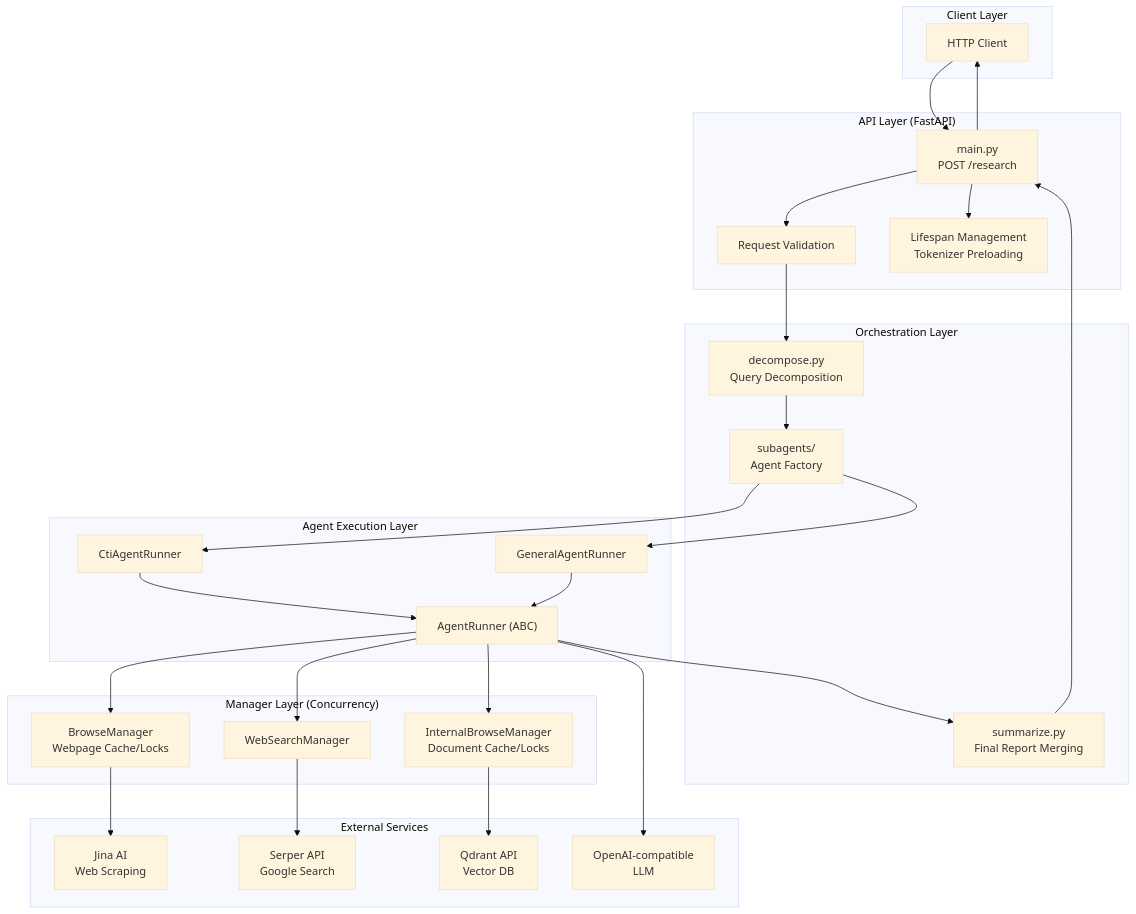
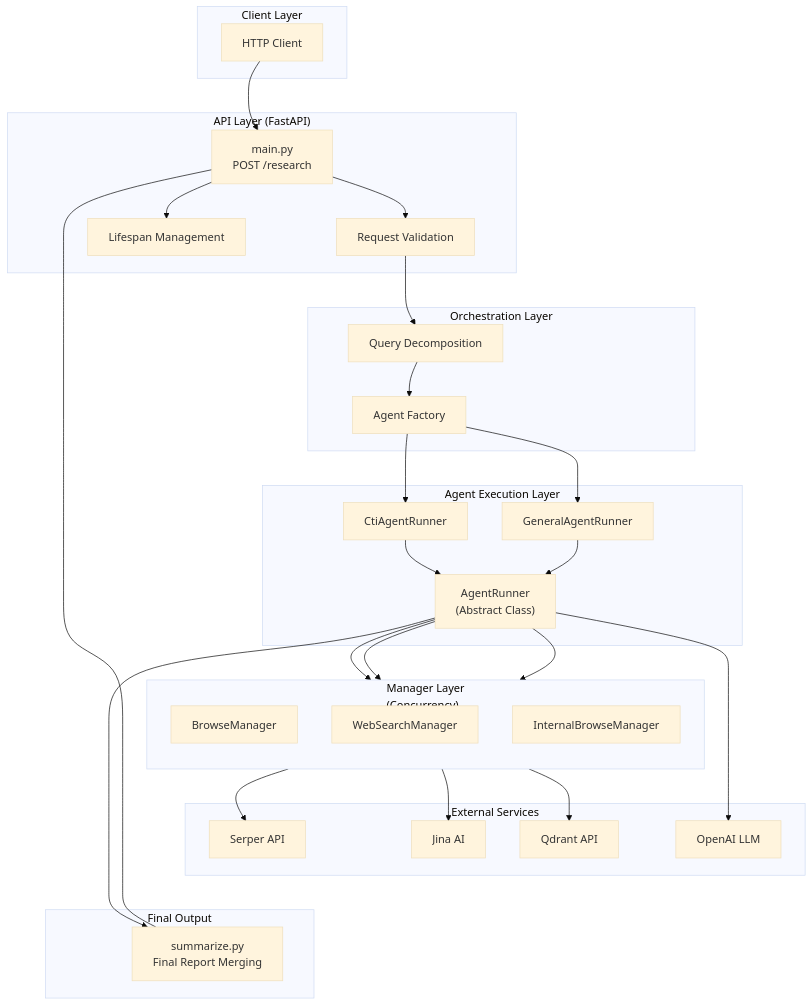
The first of 7 diagrams in docs/architecture_technical.md (georgeneokq/geo-deepresearch), drawn with Mermaid (base theme) before and after one commit. The commit also changed other lines of this file and 12 other files, not shown here.

````diff
--- a/docs/architecture_technical.md
+++ b/docs/architecture_technical.md
@@ -11,57 +11,69 @@
 ```mermaid
 flowchart TB
     subgraph Client["Client Layer"]
         HTTPClient["HTTP Client"]
     end
 
     subgraph API["API Layer (FastAPI)"]
         Main["main.py<br/>POST /research"]
         Validate["Request Validation"]
-        Lifespan["Lifespan Management<br/>Tokenizer Preloading"]
+        Lifespan["Lifespan Management"]
     end
 
     subgraph Orchestration["Orchestration Layer"]
-        Decompose["decompose.py<br/>Query Decomposition"]
-        Summarize["summarize.py<br/>Final Report Merging"]
-        Subagents["subagents/<br/>Agent Factory"]
+        Decompose["Query Decomposition"]
+        Subagents["Agent Factory"]
     end
 
     subgraph Agents["Agent Execution Layer"]
-        AgentRunner["AgentRunner (ABC)"]
+        AgentRunner["AgentRunner<br/>(Abstract Class)"]
         CtiAgent["CtiAgentRunner"]
         GeneralAgent["GeneralAgentRunner"]
     end
 
-    subgraph Managers["Manager Layer (Concurrency)"]
-        BrowseMgr["BrowseManager<br/>Webpage Cache/Locks"]
+    subgraph Managers["Manager Layer<br/>(Concurrency)"]
+        direction TB
+        BrowseMgr["BrowseManager"]
         SearchMgr["WebSearchManager"]
-        InternalMgr["InternalBrowseManager<br/>Document Cache/Locks"]
+        InternalMgr["InternalBrowseManager"]
     end
 
     subgraph External["External Services"]
-        Serper["Serper API<br/>Google Search"]
-        Jina["Jina AI<br/>Web Scraping"]
-        Qdrant["Qdrant API<br/>Vector DB"]
-        LLM["OpenAI-compatible<br/>LLM"]
+        Serper["Serper API"]
+        Jina["Jina AI"]
+        Qdrant["Qdrant API"]
+        LLM["OpenAI LLM"]
     end
 
+    subgraph Output["Final Output"]
+        Summarize["summarize.py<br/>Final Report Merging"]
+    end
+
+    %% Vertical Flow
     HTTPClient --> Main
     Main --> Validate
     Main --> Lifespan
     Validate --> Decompose
     Decompose --> Subagents
     Subagents --> CtiAgent
     Subagents --> GeneralAgent
     CtiAgent --> AgentRunner
     GeneralAgent --> AgentRunner
+    
+    %% Use direct vertical paths
     AgentRunner --> BrowseMgr
     AgentRunner --> SearchMgr
     AgentRunner --> InternalMgr
+    
     BrowseMgr --> Jina
     SearchMgr --> Serper
     InternalMgr --> Qdrant
     AgentRunner --> LLM
+    
     AgentRunner --> Summarize
-    Summarize --> Main
-    Main --> HTTPClient
+    
+    Main <--- Summarize
+    
+    %% Force the layers to stack vertically
+    Client ~~~ API ~~~ Orchestration ~~~ Agents ~~~ Managers ~~~ External ~~~ Output
 ```
````
